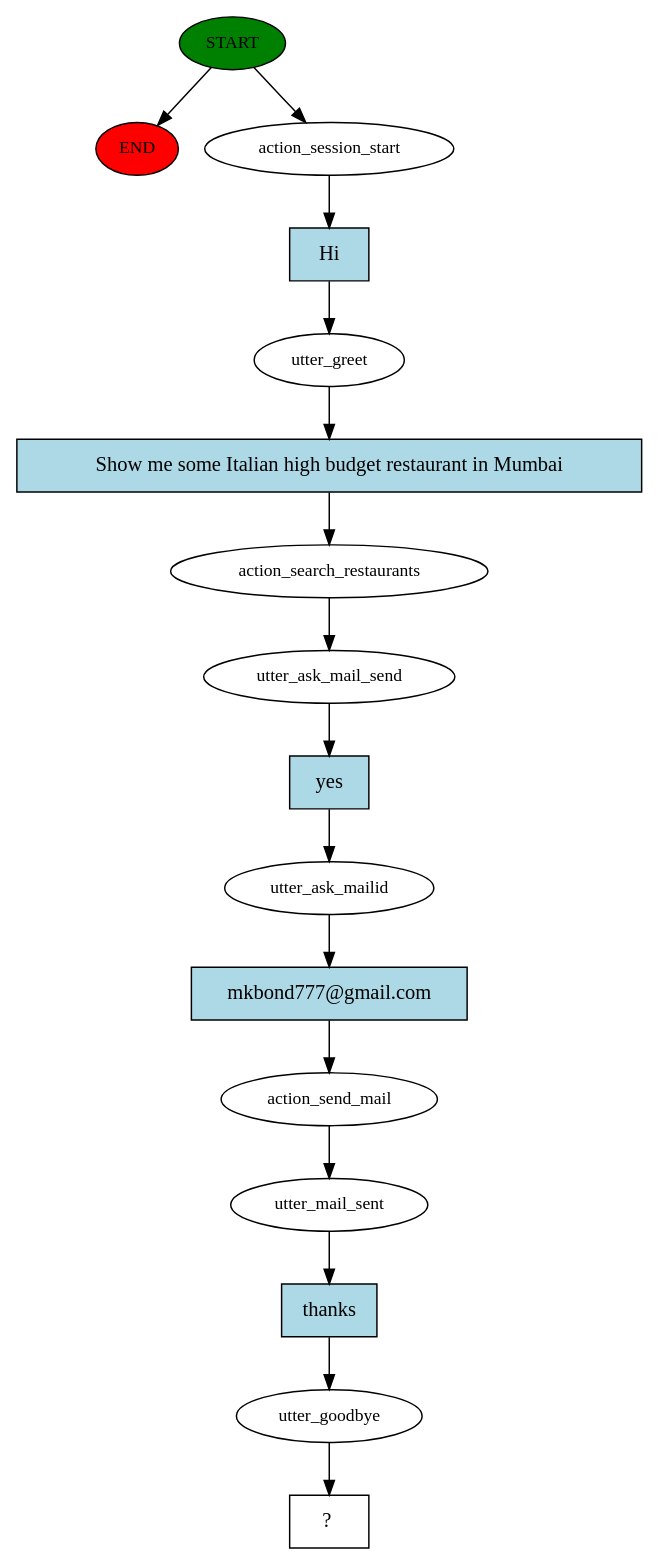
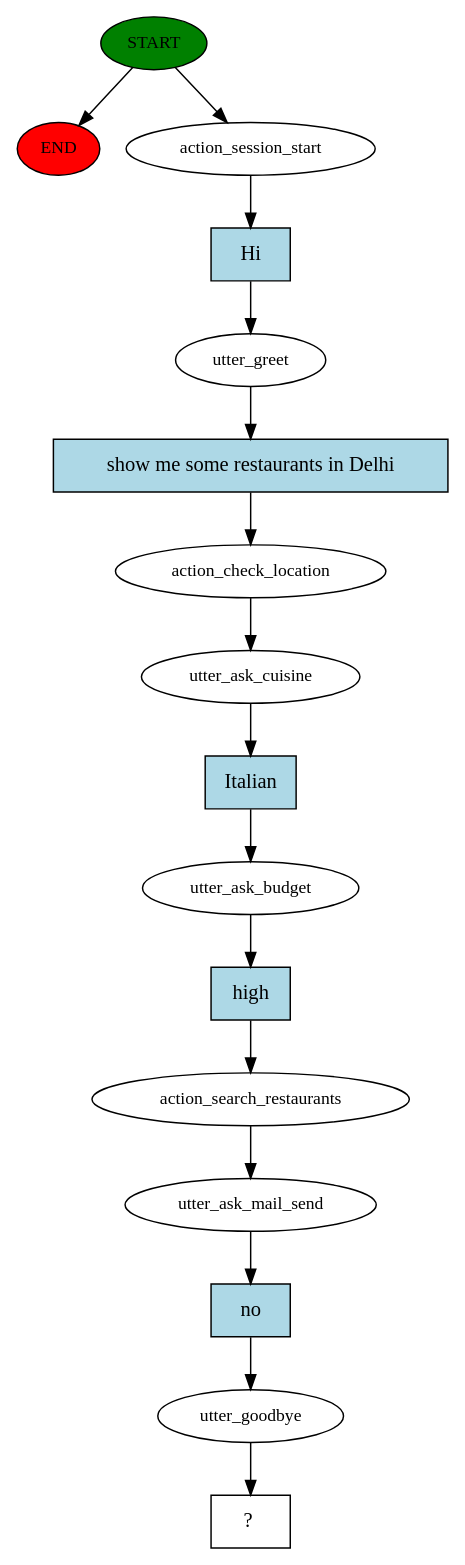
One commit to mkbond777/rasa_restaurant_search changed the diagram in story_graph.dot. Above: the diagram before and after it, drawn with Graphviz. The commit also changed 3 other files, not shown here.

```diff
--- a/story_graph.dot
+++ b/story_graph.dot
@@ -1,33 +1,33 @@
 digraph  {
 0 [class="start active", fillcolor=green, fontsize=12, label=START, style=filled];
 "-1" [class=end, fillcolor=red, fontsize=12, label=END, style=filled];
 1 [class=active, fontsize=12, label=action_session_start];
 2 [class=active, fontsize=12, label=utter_greet];
-3 [class=active, fontsize=12, label=action_search_restaurants];
-4 [class=active, fontsize=12, label=utter_ask_mail_send];
-5 [class=active, fontsize=12, label=utter_ask_mailid];
-6 [class=active, fontsize=12, label=action_send_mail];
-7 [class=active, fontsize=12, label=utter_mail_sent];
+3 [class=active, fontsize=12, label=action_check_location];
+4 [class=active, fontsize=12, label=utter_ask_cuisine];
+5 [class=active, fontsize=12, label=utter_ask_budget];
+6 [class=active, fontsize=12, label=action_search_restaurants];
+7 [class=active, fontsize=12, label=utter_ask_mail_send];
 8 [class=active, fontsize=12, label=utter_goodbye];
 9 [class="intent dashed active", label="  ?  ", shape=rect];
 10 [class="intent active", fillcolor=lightblue, label=Hi, shape=rect, style=filled];
-11 [class="intent active", fillcolor=lightblue, label="Show me some Italian high budget restaurant in Mumbai", shape=rect, style=filled];
-12 [class="intent active", fillcolor=lightblue, label=yes, shape=rect, style=filled];
-13 [class="intent active", fillcolor=lightblue, label="mkbond777@gmail.com", shape=rect, style=filled];
-14 [class="intent active", fillcolor=lightblue, label=thanks, shape=rect, style=filled];
+11 [class="intent active", fillcolor=lightblue, label="show me some restaurants in Delhi", shape=rect, style=filled];
+12 [class="intent active", fillcolor=lightblue, label=Italian, shape=rect, style=filled];
+13 [class="intent active", fillcolor=lightblue, label=high, shape=rect, style=filled];
+14 [class="intent active", fillcolor=lightblue, label=no, shape=rect, style=filled];
 0 -> "-1"  [class="", key=NONE, label=""];
 0 -> 1  [class=active, key=NONE, label=""];
 1 -> 10  [class=active, key=0];
 2 -> 11  [class=active, key=0];
 3 -> 4  [class=active, key=NONE, label=""];
 4 -> 12  [class=active, key=0];
 5 -> 13  [class=active, key=0];
 6 -> 7  [class=active, key=NONE, label=""];
 7 -> 14  [class=active, key=0];
 8 -> 9  [class=active, key=NONE, label=""];
 10 -> 2  [class=active, key=0];
 11 -> 3  [class=active, key=0];
 12 -> 5  [class=active, key=0];
 13 -> 6  [class=active, key=0];
 14 -> 8  [class=active, key=0];
 }
```
